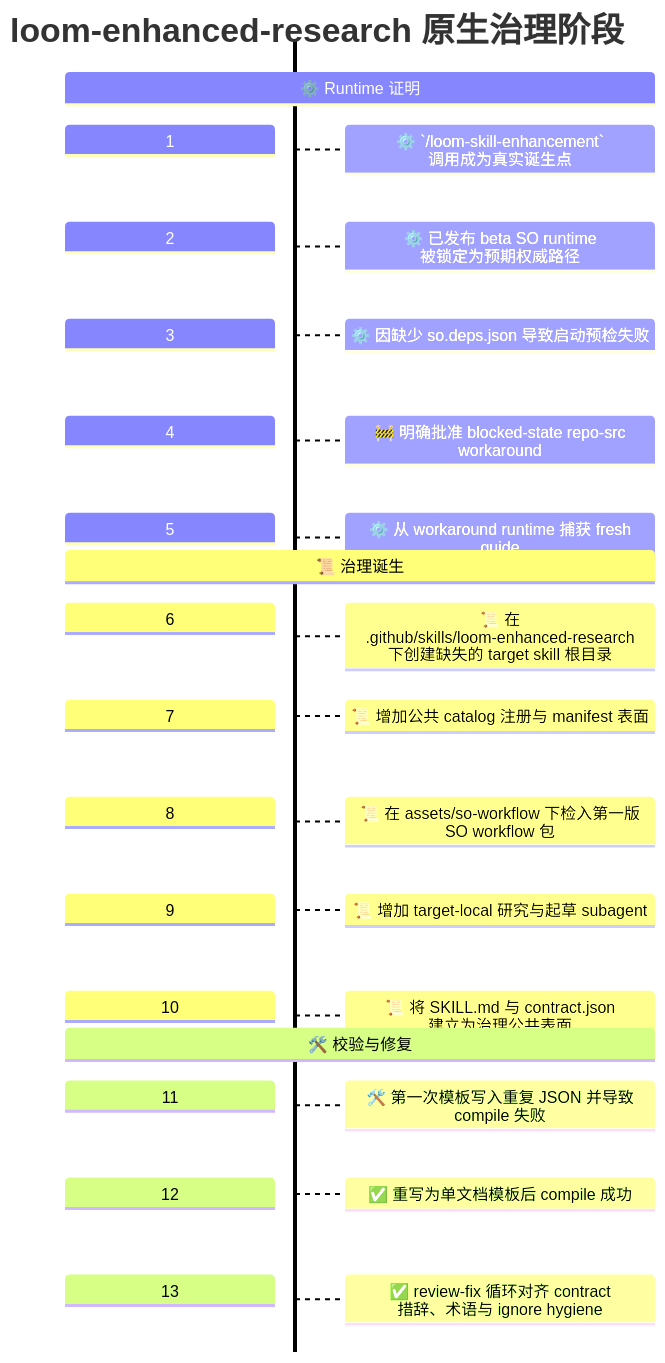
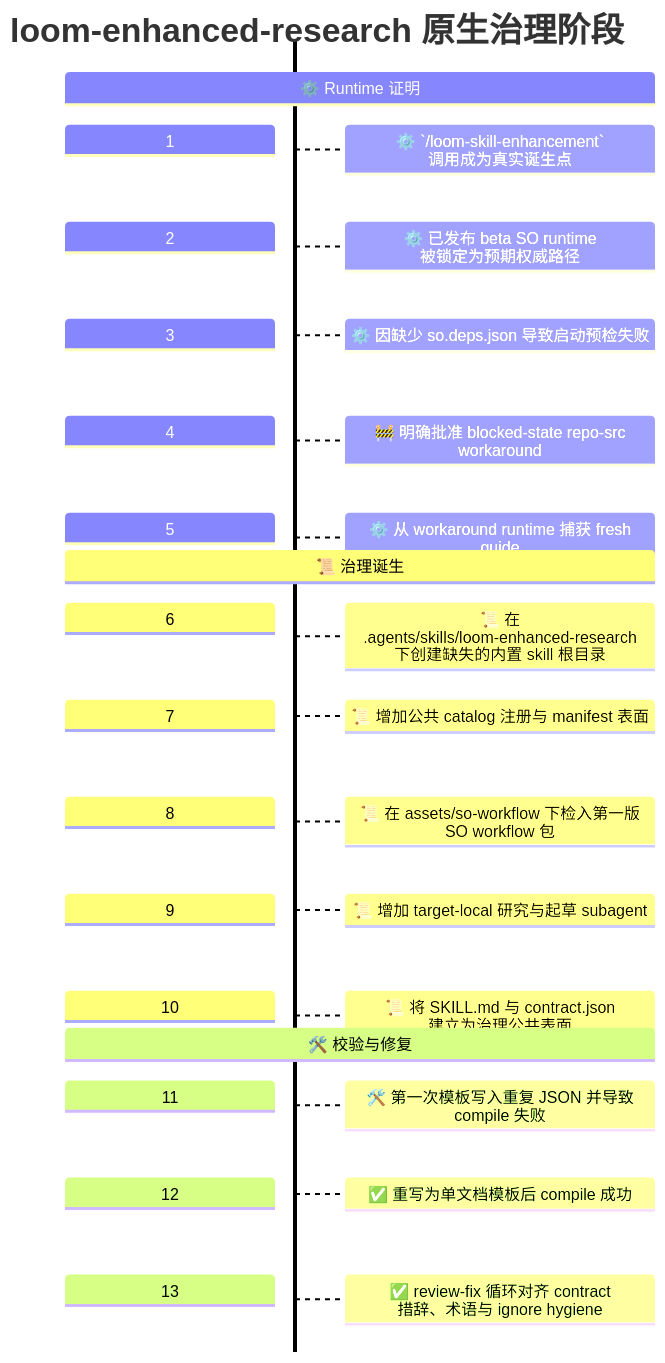
Before and after one commit to waynebaby/Techne-Loom: the first of 2 diagrams in demos/loom-enhanced-research/3. Born-governanced/Readme.zh-CN.md, drawn with Mermaid. The commit also changed other lines of this file and 21 other files, not shown here.

First line of the commit message:
refactor: move skill files to .agents directory and update references

````diff
--- a/demos/loom-enhanced-research/3. Born-governanced/Readme.zh-CN.md
+++ b/demos/loom-enhanced-research/3. Born-governanced/Readme.zh-CN.md
@@ -30,20 +30,20 @@
 ```mermaid
 timeline TD
     title loom-enhanced-research 原生治理阶段
     section ⚙️ Runtime 证明
         1 : ⚙️ `/loom-skill-enhancement` 调用成为真实诞生点
         2 : ⚙️ 已发布 beta SO runtime 被锁定为预期权威路径
         3 : ⚙️ 因缺少 so.deps.json 导致启动预检失败
         4 : 🚧 明确批准 blocked-state repo-src workaround
         5 : ⚙️ 从 workaround runtime 捕获 fresh guide
     section 📜 治理诞生
-        6 : 📜 在 .github/skills/loom-enhanced-research 下创建缺失的 target skill 根目录
+        6 : 📜 在 .agents/skills/loom-enhanced-research 下创建缺失的内置 skill 根目录
         7 : 📜 增加公共 catalog 注册与 manifest 表面
         8 : 📜 在 assets/so-workflow 下检入第一版 SO workflow 包
         9 : 📜 增加 target-local 研究与起草 subagent
         10 : 📜 将 SKILL.md 与 contract.json 建立为治理公共表面
     section 🛠️ 校验与修复
         11 : 🛠️ 第一次模板写入重复 JSON 并导致 compile 失败
         12 : ✅ 重写为单文档模板后 compile 成功
         13 : ✅ review-fix 循环对齐 contract 措辞、术语与 ignore hygiene
 ```
````
